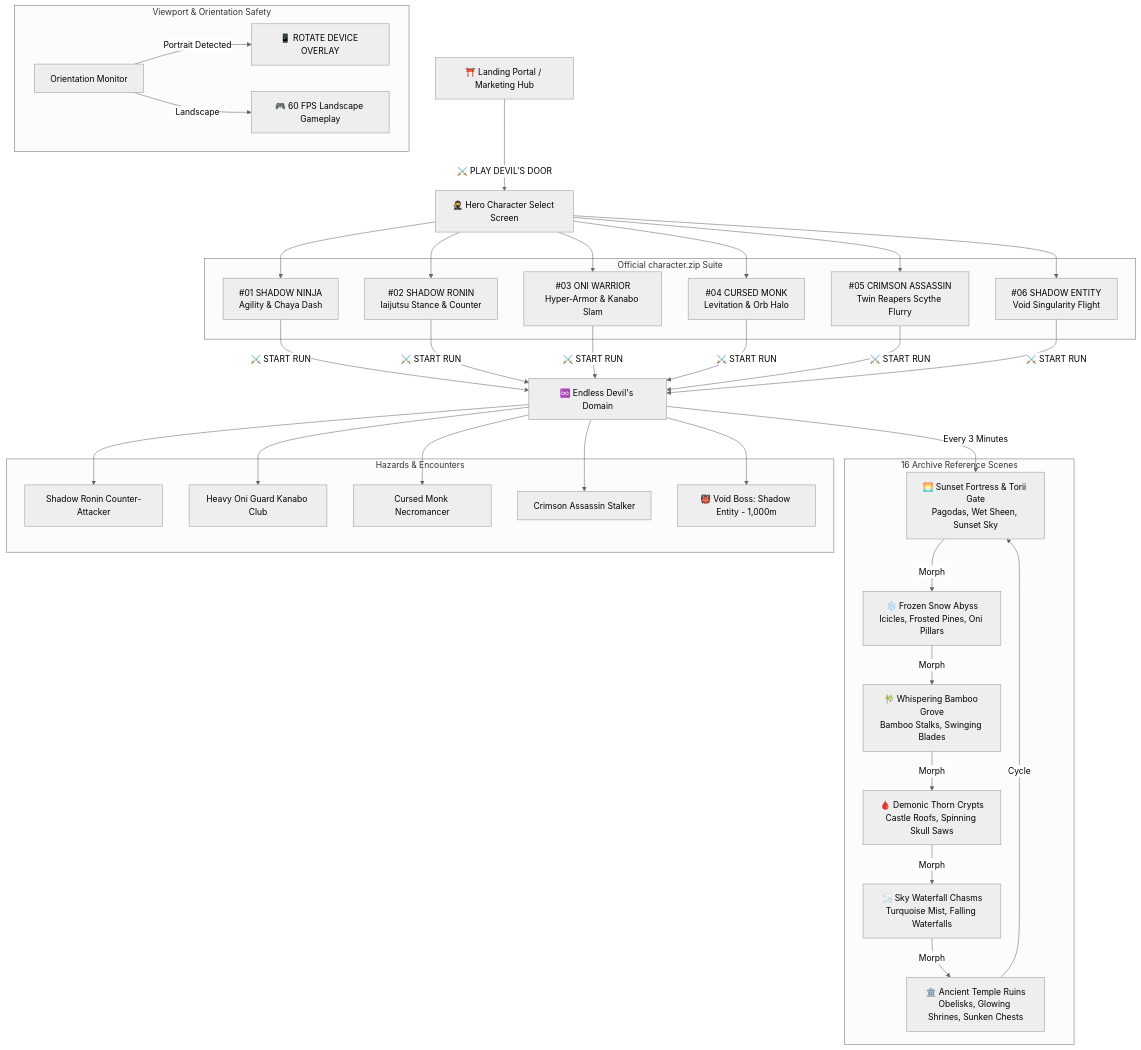
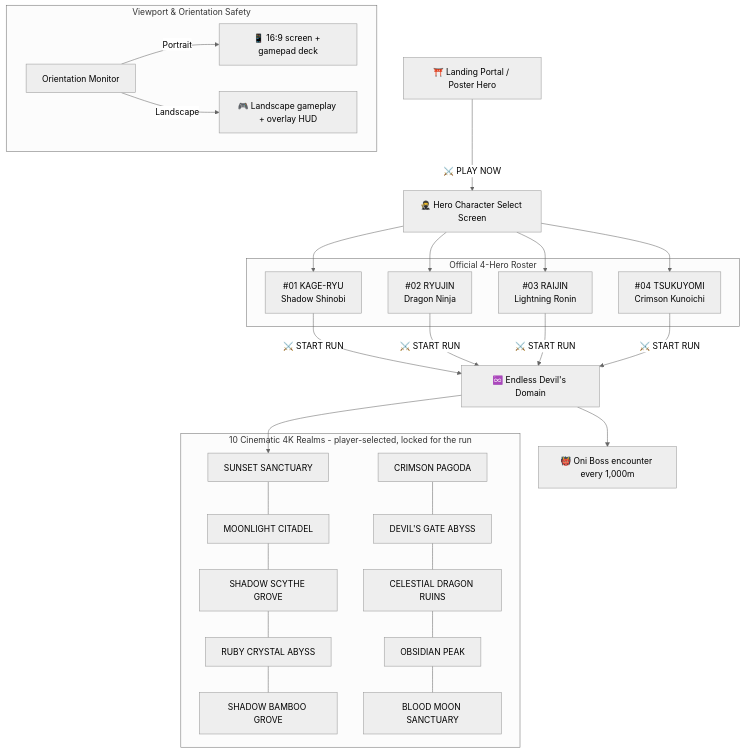
One commit to khalidabdullahh/DevilsDoor changed the diagram in README.md. Above: the diagram before and after it, drawn with Mermaid (neutral theme). The commit also changed other lines of this file and 4 other files, not shown here.

Commit message:
docs: sync README/ROADMAP/CHANGELOG/LANDING_ROADMAP with 4-hero + 10-realm reality; clean sitemap

````diff
--- a/README.md
+++ b/README.md
@@ -16,63 +16,34 @@
 ```mermaid
 graph TD
-    Landing[⛩️ Landing Portal / Marketing Hub] -->|⚔️ PLAY DEVIL'S DOOR| CharSelect[🥷 Hero Character Select Screen]
-    
-    subgraph Character Select Roster [Official character.zip Suite]
-        H1[#01 SHADOW NINJA<br/>Agility & Chaya Dash]
-        H2[#02 SHADOW RONIN<br/>Iaijutsu Stance & Counter]
-        H3[#03 ONI WARRIOR<br/>Hyper-Armor & Kanabo Slam]
-        H4[#04 CURSED MONK<br/>Levitation & Orb Halo]
-        H5[#05 CRIMSON ASSASSIN<br/>Twin Reapers Scythe Flurry]
-        H6[#06 SHADOW ENTITY<br/>Void Singularity Flight]
+    Landing[⛩️ Landing Portal / Poster Hero] -->|⚔️ PLAY NOW| CharSelect[🥷 Hero Character Select Screen]
+
+    subgraph Character Select Roster [Official 4-Hero Roster]
+        H1[#01 KAGE-RYU<br/>Shadow Shinobi]
+        H2[#02 RYUJIN<br/>Dragon Ninja]
+        H3[#03 RAIJIN<br/>Lightning Ronin]
+        H4[#04 TSUKUYOMI<br/>Crimson Kunoichi]
     end
 
     CharSelect --> H1
     CharSelect --> H2
     CharSelect --> H3
     CharSelect --> H4
-    CharSelect --> H5
-    CharSelect --> H6
 
     H1 -->|⚔️ START RUN| EndlessRun[♾️ Endless Devil's Domain]
     H2 -->|⚔️ START RUN| EndlessRun
     H3 -->|⚔️ START RUN| EndlessRun
     H4 -->|⚔️ START RUN| EndlessRun
-    H5 -->|⚔️ START RUN| EndlessRun
-    H6 -->|⚔️ START RUN| EndlessRun
 
-    subgraph Dynamic Biome Engine [16 Archive Reference Scenes]
-        B1[🌅 Sunset Fortress & Torii Gate<br/>Pagodas, Wet Sheen, Sunset Sky]
-        B2[❄️ Frozen Snow Abyss<br/>Icicles, Frosted Pines, Oni Pillars]
-        B3[🎋 Whispering Bamboo Grove<br/>Bamboo Stalks, Swinging Blades]
-        B4[🩸 Demonic Thorn Crypts<br/>Castle Roofs, Spinning Skull Saws]
-        B5[🌫️ Sky Waterfall Chasms<br/>Turquoise Mist, Falling Waterfalls]
-        B6[🏛️ Ancient Temple Ruins<br/>Obelisks, Glowing Shrines, Sunken Chests]
+    subgraph Realms [10 Cinematic 4K Realms - player-selected, locked for the run]
+        R1[SUNSET SANCTUARY] --- R2[MOONLIGHT CITADEL] --- R3[SHADOW SCYTHE GROVE] --- R4[RUBY CRYSTAL ABYSS] --- R5[SHADOW BAMBOO GROVE]
+        R6[CRIMSON PAGODA] --- R7[DEVIL'S GATE ABYSS] --- R8[CELESTIAL DRAGON RUINS] --- R9[OBSIDIAN PEAK] --- R10[BLOOD MOON SANCTUARY]
     end
 
-    EndlessRun -->|Every 3 Minutes| B1
-    B1 -->|Morph| B2
-    B2 -->|Morph| B3
-    B3 -->|Morph| B4
-    B4 -->|Morph| B5
-    B5 -->|Morph| B6
-    B6 -->|Cycle| B1
-
-    subgraph Hazards & Encounters
-        E1[Shadow Ronin Counter-Attacker]
-        E2[Heavy Oni Guard Kanabo Club]
-        E3[Cursed Monk Necromancer]
-        E4[Crimson Assassin Stalker]
-        Boss[👹 Void Boss: Shadow Entity - 1,000m]
-    end
-
-    EndlessRun --> E1
-    EndlessRun --> E2
-    EndlessRun --> E3
-    EndlessRun --> E4
-    EndlessRun --> Boss
+    EndlessRun --> R1
+    EndlessRun --> Boss[👹 Oni Boss encounter every 1,000m]
 
     subgraph Viewport & Orientation Safety
-        PortraitCheck[Orientation Monitor] -->|Portrait Detected| RotateOverlay[📱 ROTATE DEVICE OVERLAY]
-        PortraitCheck -->|Landscape| ActiveCanvas[🎮 60 FPS Landscape Gameplay]
+        PortraitCheck[Orientation Monitor] -->|Portrait| Handheld[📱 16:9 screen + gamepad deck]
+        PortraitCheck -->|Landscape| ActiveCanvas[🎮 Landscape gameplay + overlay HUD]
     end
 ```
````
